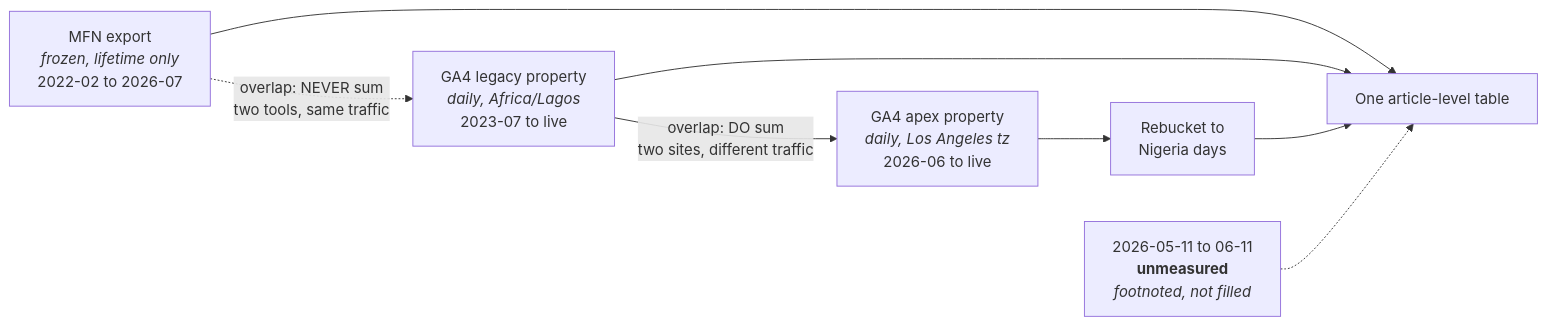
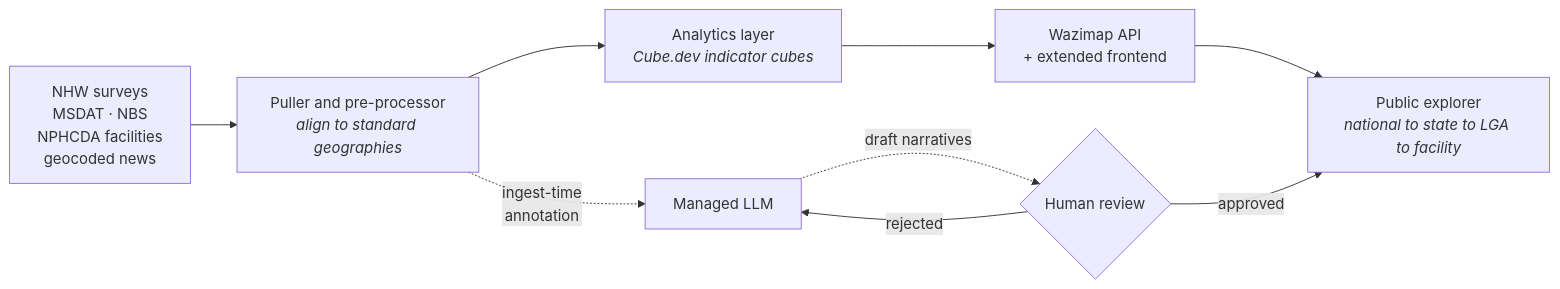
One commit to GentlePrince-ng/GentlePrince-ng changed the third of 6 diagrams in README.md. Above: the diagram before and after it, drawn with Mermaid. The commit also changed other lines of this file, not shown here.

First line of the commit message:
Rebuild profile around the CV: GIS foundation, ICL, PHC Data Explorer

````diff
--- a/README.md
+++ b/README.md
@@ -91,15 +144,12 @@
 ```mermaid
 flowchart LR
-    M["MFN export<br/><i>frozen, lifetime only</i><br/>2022-02 to 2026-07"]
-    G1["GA4 legacy property<br/><i>daily, Africa/Lagos</i><br/>2023-07 to live"]
-    G2["GA4 apex property<br/><i>daily, Los Angeles tz</i><br/>2026-06 to live"]
+    A["NHW surveys<br/>MSDAT · NBS<br/>NPHCDA facilities<br/>geocoded news"] --> B["Puller and pre-processor<br/><i>align to standard geographies</i>"]
+    B --> C["Analytics layer<br/><i>Cube.dev indicator cubes</i>"]
+    C --> D["Wazimap API<br/>+ extended frontend"]
+    D --> E["Public explorer<br/><i>national to state to LGA to facility</i>"]
 
-    M -.->|"overlap: NEVER sum<br/>two tools, same traffic"| G1
-    G1 -->|"overlap: DO sum<br/>two sites, different traffic"| G2
-
-    G2 --> RB["Rebucket to<br/>Nigeria days"]
-
-    M & G1 & RB --> T["One article-level table"]
-
-    GAP["2026-05-11 to 06-11<br/><b>unmeasured</b><br/><i>footnoted, not filled</i>"] -.-> T
+    B -.->|"ingest-time<br/>annotation"| L["Managed LLM"]
+    L -.->|"draft narratives"| R{"Human review"}
+    R -->|"approved"| E
+    R -->|"rejected"| L
 ```
````
